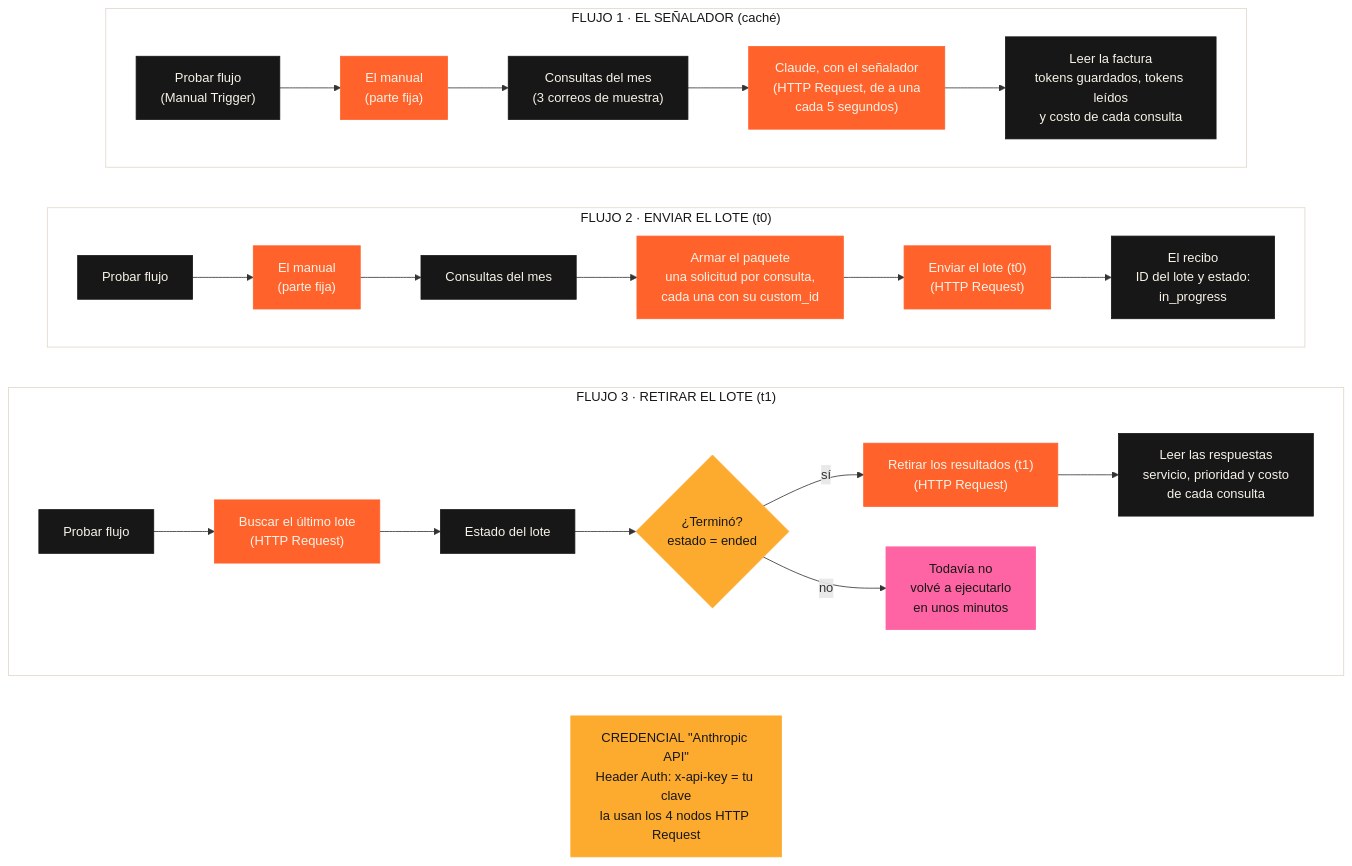
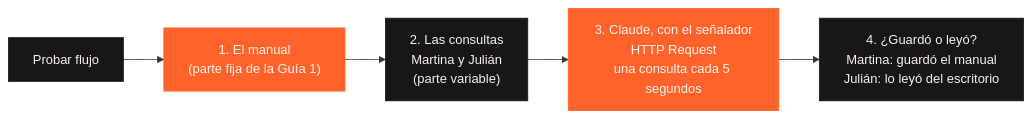
One commit to leanaraque/ai-automation-estudiantes changed the diagram in semana-06/05-bonus-n8n.md. Above: the diagram before and after it, drawn with Mermaid. The commit also changed other lines of this file and 5 other files, not shown here.

Commit message:
Semana 6: el bonus de n8n queda en un solo flujo opcional (el señalador) con notas en el lienzo

````diff
--- a/semana-06/05-bonus-n8n.md
+++ b/semana-06/05-bonus-n8n.md
@@ -13,33 +7,7 @@
 ```mermaid
-flowchart TB
-    subgraph F1["FLUJO 1 · EL SEÑALADOR (caché)"]
-        direction LR
-        A1["Probar flujo<br/>(Manual Trigger)"]:::ya --> A2["El manual<br/>(parte fija)"]:::nuevo --> A3["Consultas del mes<br/>(3 correos de muestra)"]:::ya --> A4["Claude, con el señalador<br/>(HTTP Request, de a una<br/>cada 5 segundos)"]:::nuevo --> A5["Leer la factura<br/>tokens guardados, tokens leídos<br/>y costo de cada consulta"]:::ya
-    end
-
-    subgraph F2["FLUJO 2 · ENVIAR EL LOTE (t0)"]
-        direction LR
-        B1["Probar flujo"]:::ya --> B2["El manual<br/>(parte fija)"]:::nuevo --> B3["Consultas del mes"]:::ya --> B4["Armar el paquete<br/>una solicitud por consulta,<br/>cada una con su custom_id"]:::nuevo --> B5["Enviar el lote (t0)<br/>(HTTP Request)"]:::nuevo --> B6["El recibo<br/>ID del lote y estado:<br/>in_progress"]:::ya
-    end
-
-    subgraph F3["FLUJO 3 · RETIRAR EL LOTE (t1)"]
-        direction LR
-        C1["Probar flujo"]:::ya --> C2["Buscar el último lote<br/>(HTTP Request)"]:::nuevo --> C3["Estado del lote"]:::ya --> C4{"¿Terminó?<br/>estado = ended"}:::nota
-        C4 -- "sí" --> C5["Retirar los resultados (t1)<br/>(HTTP Request)"]:::nuevo --> C6["Leer las respuestas<br/>servicio, prioridad y costo<br/>de cada consulta"]:::ya
-        C4 -- "no" --> C7["Todavía no<br/>volvé a ejecutarlo<br/>en unos minutos"]:::problema
-    end
-
-    F1 ~~~ F2
-    F2 ~~~ F3
-
-    CL["CREDENCIAL #quot;Anthropic API#quot;<br/>Header Auth: x-api-key = tu clave<br/>la usan los 4 nodos HTTP Request"]:::nota
-    F3 ~~~ CL
+flowchart LR
+    T["Probar flujo"]:::ya --> M["1. El manual<br/>(parte fija de la Guía 1)"]:::nuevo --> C["2. Las consultas<br/>Martina y Julián<br/>(parte variable)"]:::ya --> H["3. Claude, con el señalador<br/>HTTP Request<br/>una consulta cada 5 segundos"]:::nuevo --> R["4. ¿Guardó o leyó?<br/>Martina: guardó el manual<br/>Julián: lo leyó del escritorio"]:::ya
 
     classDef ya fill:#171717,stroke:#171717,color:#F8F2E8
     classDef nuevo fill:#FF632B,stroke:#FF632B,color:#F8F2E8
-    classDef problema fill:#FE64A3,stroke:#FE64A3,color:#171717
-    classDef nota fill:#FDAB2E,stroke:#FDAB2E,color:#171717
-    style F1 fill:#FFFFFF,stroke:#E0D7C9,color:#171717
-    style F2 fill:#FFFFFF,stroke:#E0D7C9,color:#171717
-    style F3 fill:#FFFFFF,stroke:#E0D7C9,color:#171717
 ```
````
